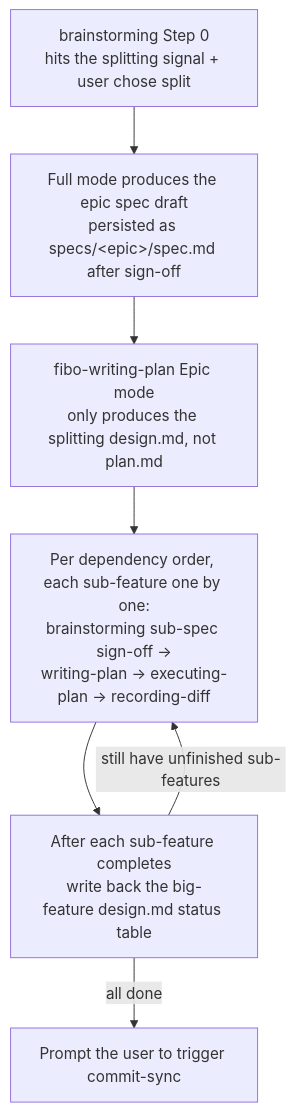
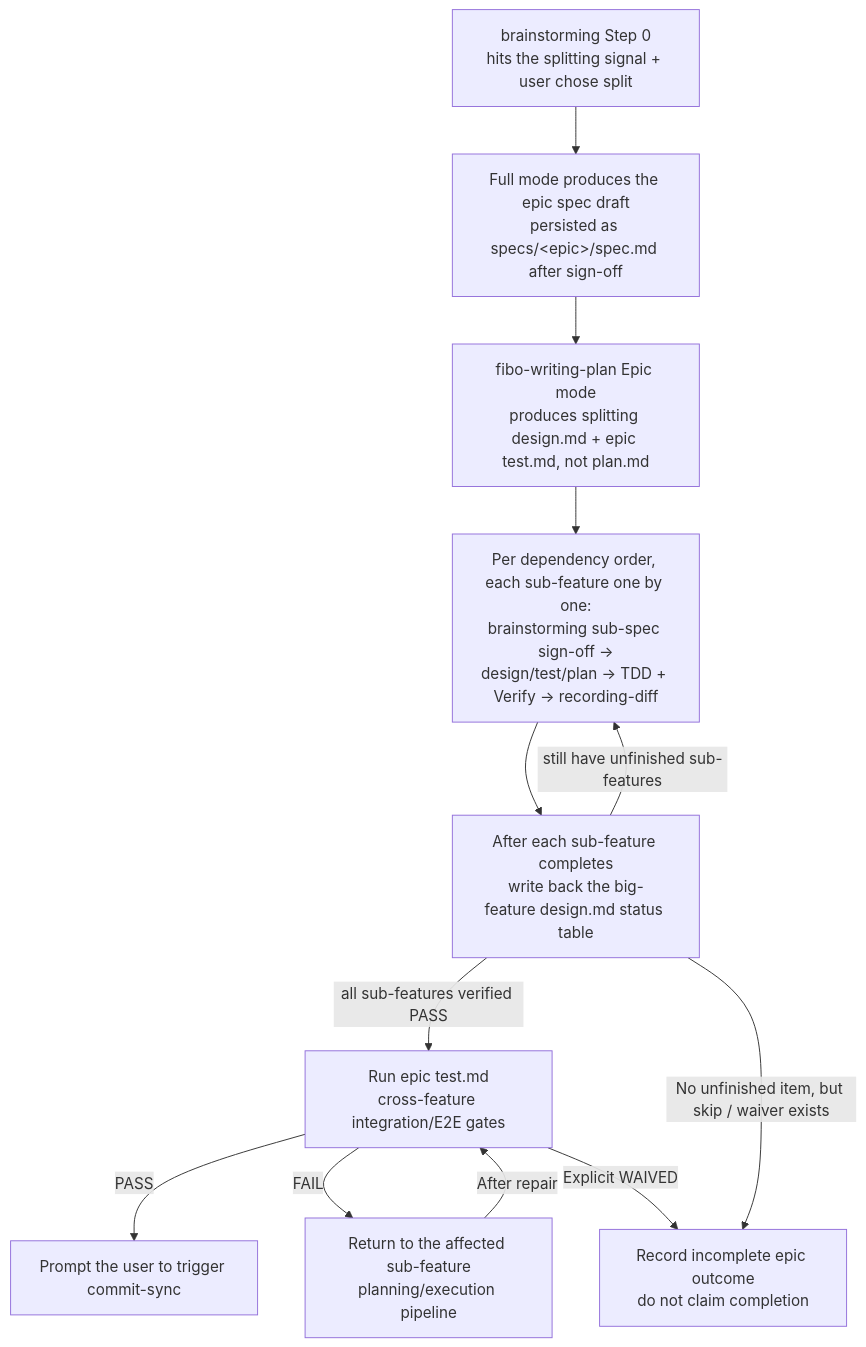
One commit to Alenkz12/FiboSkills changed the third of 3 diagrams in fibo-conventions/references/conventions/docs-system.md. Above: the diagram before and after it, drawn with Mermaid. The commit also changed other lines of this file and 96 other files, not shown here.

````diff
--- a/fibo-conventions/references/conventions/docs-system.md
+++ b/fibo-conventions/references/conventions/docs-system.md
@@ -140,9 +147,14 @@
 ```mermaid
 flowchart TD
   detect_signal_001["brainstorming Step 0<br/>hits the splitting signal + user chose split"] --> epic_spec_002["Full mode produces the epic spec draft<br/>persisted as specs/&lt;epic&gt;/spec.md after sign-off"]
-  epic_spec_002 --> epic_design_003["fibo-writing-plan Epic mode<br/>only produces the splitting design.md, not plan.md"]
-  epic_design_003 --> sub_loop_004["Per dependency order, each sub-feature one by one:<br/>brainstorming sub-spec sign-off →<br/>writing-plan → executing-plan → recording-diff"]
+  epic_spec_002 --> epic_design_003["fibo-writing-plan Epic mode<br/>produces splitting design.md + epic test.md, not plan.md"]
+  epic_design_003 --> sub_loop_004["Per dependency order, each sub-feature one by one:<br/>brainstorming sub-spec sign-off →<br/>design/test/plan → TDD + Verify → recording-diff"]
   sub_loop_004 --> status_write_005["After each sub-feature completes<br/>write back the big-feature design.md status table"]
   status_write_005 -->|still have unfinished sub-features| sub_loop_004
-  status_write_005 -->|all done| commit_sync_006["Prompt the user to trigger commit-sync"]
+  status_write_005 -->|all sub-features verified PASS| epic_verify_006["Run epic test.md<br/>cross-feature integration/E2E gates"]
+  epic_verify_006 -->|PASS| commit_sync_007["Prompt the user to trigger commit-sync"]
+  epic_verify_006 -->|FAIL| epic_recovery_008["Return to the affected sub-feature<br/>planning/execution pipeline"]
+  epic_recovery_008 -->|After repair| epic_verify_006
+  epic_verify_006 -->|Explicit WAIVED| epic_waiver_009["Record incomplete epic outcome<br/>do not claim completion"]
+  status_write_005 -->|No unfinished item, but skip / waiver exists| epic_waiver_009
 ```
````
